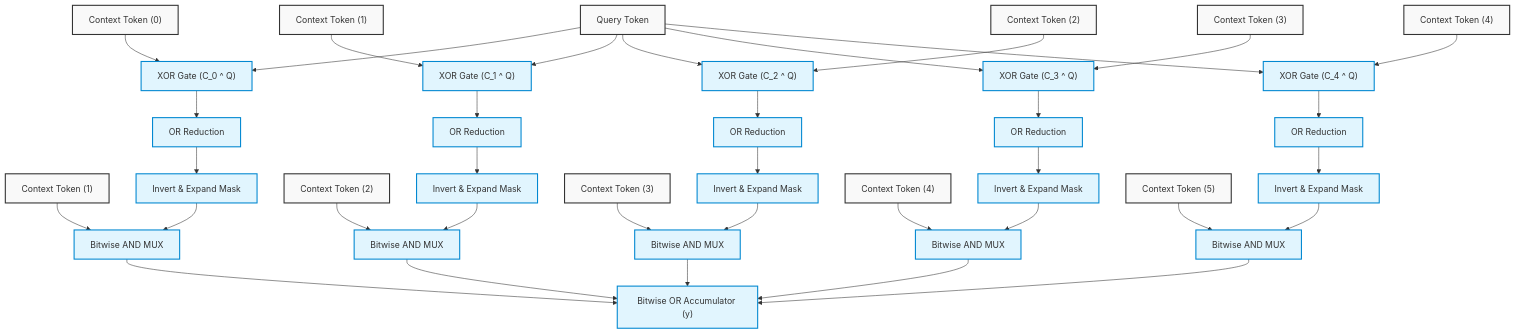
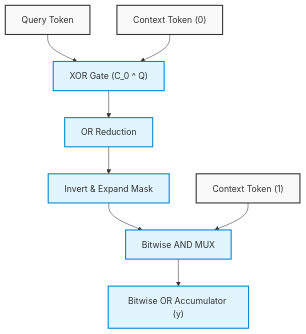
One commit to mingusb/transformer-golf changed the eighth of 8 diagrams in README.md. Above: the diagram before and after it, drawn with Mermaid. The commit also changed other lines of this file and 15 other files, not shown here.

````diff
--- a/README.md
+++ b/README.md
@@ -876,74 +909,22 @@
 ```mermaid
 graph TD
     classDef token fill:#f9f9f9,stroke:#333,stroke-width:2px
     classDef op fill:#e1f5fe,stroke:#0288d1,stroke-width:2px
     
     Q["Query Token"]:::token
     ACC["Bitwise OR Accumulator (y)"]:::op
     C_0["Context Token (0)"]:::token
     C_next_0["Context Token (1)"]:::token
     XOR_0["XOR Gate (C_0 ^ Q)"]:::op
     OR_0["OR Reduction"]:::op
     INV_0["Invert & Expand Mask"]:::op
     AND_0["Bitwise AND MUX"]:::op
-    C_1["Context Token (1)"]:::token
-    C_next_1["Context Token (2)"]:::token
-    XOR_1["XOR Gate (C_1 ^ Q)"]:::op
-    OR_1["OR Reduction"]:::op
-    INV_1["Invert & Expand Mask"]:::op
-    AND_1["Bitwise AND MUX"]:::op
-    C_2["Context Token (2)"]:::token
-    C_next_2["Context Token (3)"]:::token
-    XOR_2["XOR Gate (C_2 ^ Q)"]:::op
-    OR_2["OR Reduction"]:::op
-    INV_2["Invert & Expand Mask"]:::op
-    AND_2["Bitwise AND MUX"]:::op
-    C_3["Context Token (3)"]:::token
-    C_next_3["Context Token (4)"]:::token
-    XOR_3["XOR Gate (C_3 ^ Q)"]:::op
-    OR_3["OR Reduction"]:::op
-    INV_3["Invert & Expand Mask"]:::op
-    AND_3["Bitwise AND MUX"]:::op
-    C_4["Context Token (4)"]:::token
-    C_next_4["Context Token (5)"]:::token
-    XOR_4["XOR Gate (C_4 ^ Q)"]:::op
-    OR_4["OR Reduction"]:::op
-    INV_4["Invert & Expand Mask"]:::op
-    AND_4["Bitwise AND MUX"]:::op
     
     Q --> XOR_0
     C_0 --> XOR_0
     XOR_0 --> OR_0
     OR_0 --> INV_0
     INV_0 --> AND_0
     C_next_0 --> AND_0
     AND_0 --> ACC
-    Q --> XOR_1
-    C_1 --> XOR_1
-    XOR_1 --> OR_1
-    OR_1 --> INV_1
-    INV_1 --> AND_1
-    C_next_1 --> AND_1
-    AND_1 --> ACC
-    Q --> XOR_2
-    C_2 --> XOR_2
-    XOR_2 --> OR_2
-    OR_2 --> INV_2
-    INV_2 --> AND_2
-    C_next_2 --> AND_2
-    AND_2 --> ACC
-    Q --> XOR_3
-    C_3 --> XOR_3
-    XOR_3 --> OR_3
-    OR_3 --> INV_3
-    INV_3 --> AND_3
-    C_next_3 --> AND_3
-    AND_3 --> ACC
-    Q --> XOR_4
-    C_4 --> XOR_4
-    XOR_4 --> OR_4
-    OR_4 --> INV_4
-    INV_4 --> AND_4
-    C_next_4 --> AND_4
-    AND_4 --> ACC
 ```
````
